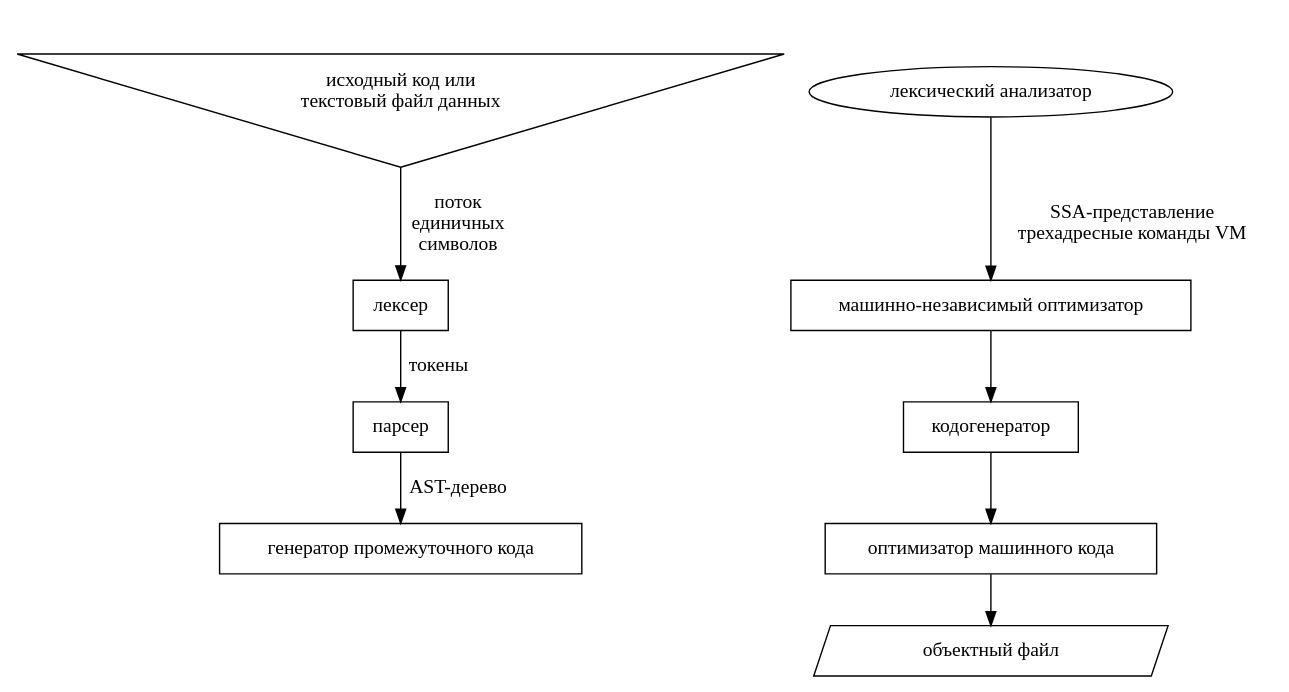
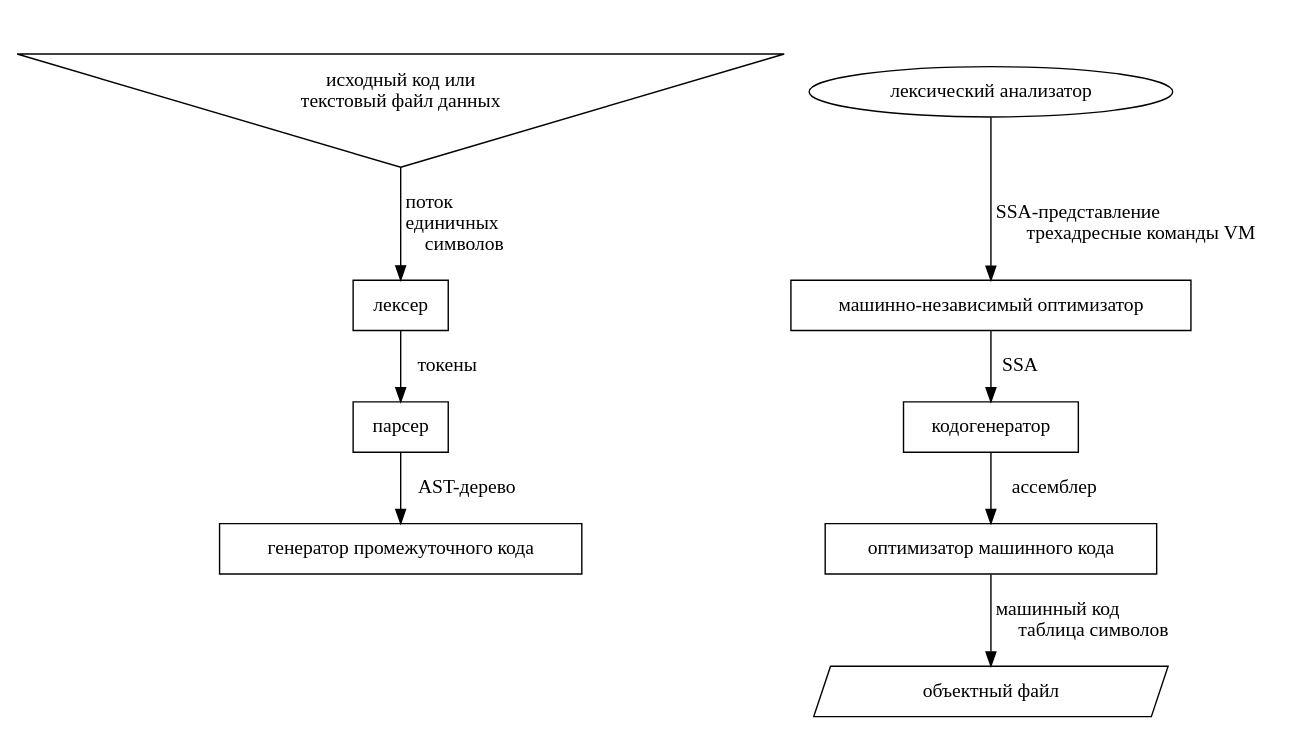
One commit to ponyatov/lexman changed the diagram in fig/compiler1.dot. Above: the diagram before and after it, drawn with Graphviz. The commit also changed 13 other files, not shown here.

```diff
--- a/fig/compiler1.dot
+++ b/fig/compiler1.dot
@@ -1,31 +1,35 @@
+digraph {
 
-digraph X {
+subgraph frontend {
 
-subgraph "лексический анализатор" {
-label="лексический анализатор";
+label="лексический анализатор"; shape=box; style=filled; color=blue;
 
 "исходный код или\nтекстовый файл данных" [shape=invtriangle];
 "лексер" [shape=box];
 "парсер" [shape=box];
 "генератор промежуточного кода" [shape=box];
 
 "исходный код или\nтекстовый файл данных" -> "лексер"
-[label="поток\nединичных\nсимволов"];
- "лексер" -> "парсер" [label="токены"];
- "парсер" -> "генератор промежуточного кода" [label="AST-дерево"];
+[label="  поток\l  единичных\lсимволов"];
+ "лексер" -> "парсер" [label="  токены"];
+ "парсер" -> "генератор промежуточного кода" [label="  AST-дерево"];
+ 
 }
 
-subgraph "LLVM" {
+subgraph backend {
+
 "машинно-независимый оптимизатор" [shape=box];
 "кодогенератор" [shape=box];
 "оптимизатор машинного кода" [shape=box];
 "объектный файл" [shape=polygon,sides=4,skew=.1];
 
  "лексический анализатор" -> "машинно-независимый оптимизатор"
- [label="SSA-представление\nтрехадресные команды VM"];
- "машинно-независимый оптимизатор" -> "кодогенератор";
- "кодогенератор" -> "оптимизатор машинного кода";
- "оптимизатор машинного кода" -> "объектный файл";
+ [label="  SSA-представление\l  трехадресные команды VM"];
+ "машинно-независимый оптимизатор" -> "кодогенератор" [label="  SSA"];
+ "кодогенератор" -> "оптимизатор машинного кода"[label="  ассемблер"];
+ "оптимизатор машинного кода" -> "объектный файл"
+ [label="  машинный код\l  таблица символов"];
+ 
 }
 
 }
```
